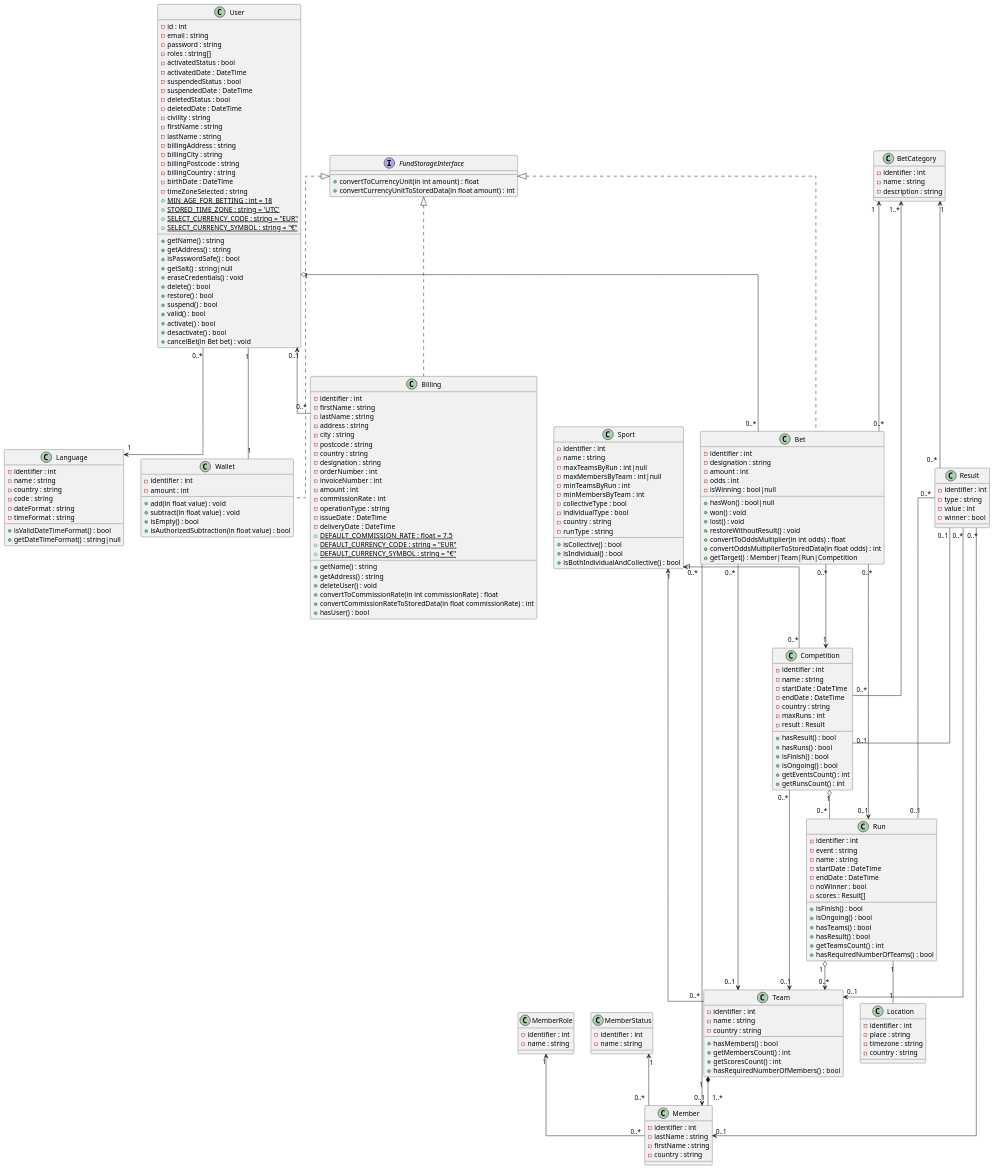
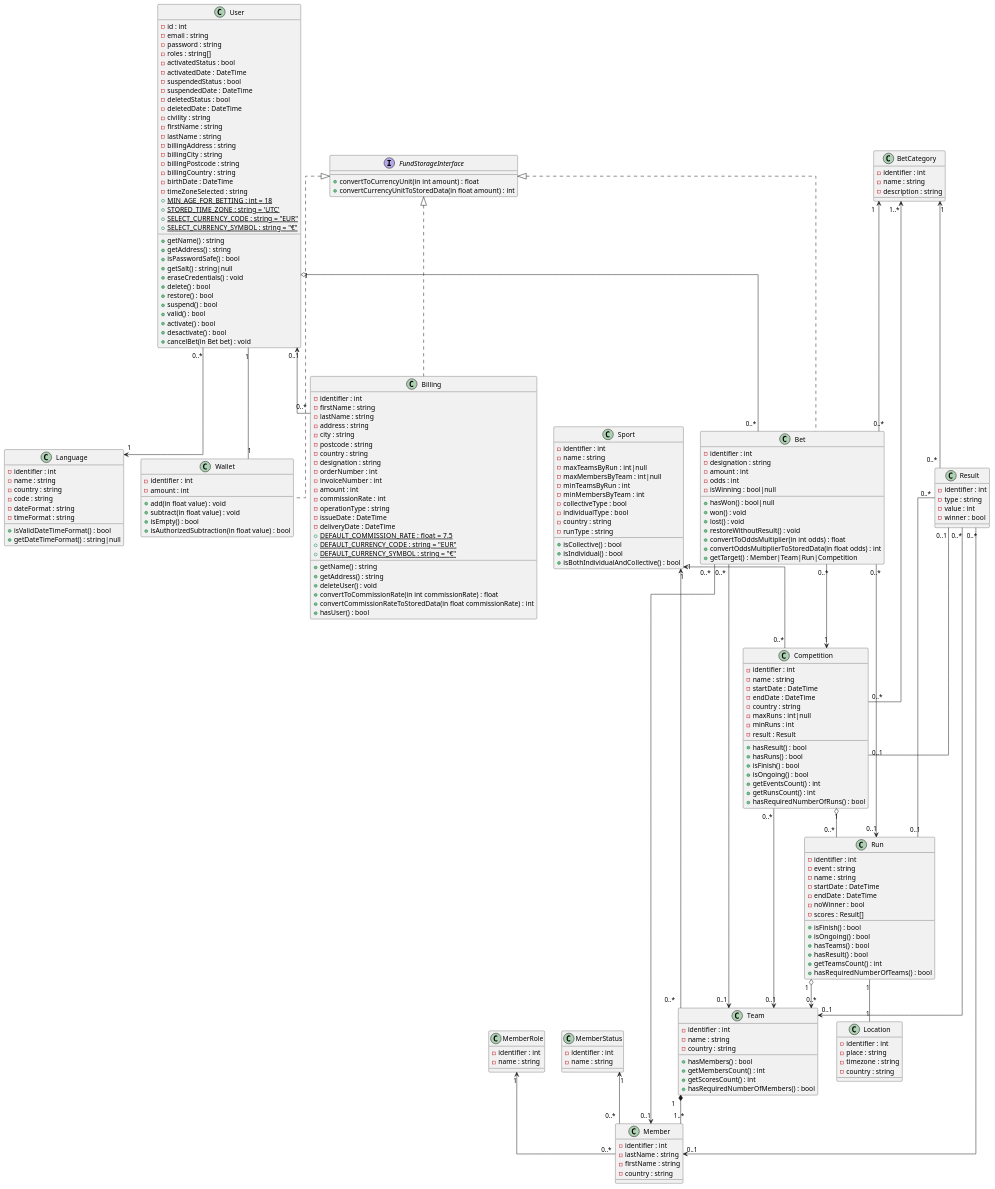
The diagram in docs/Uml/Diagramme_de_classe/Diagramme_de_classe.puml (OFP-CDA-Mulhouse-2020/parisportif5), drawn with PlantUML before and after one commit. The commit also changed 7 other files, not shown here.

Commit message:
2021-01-04 - #3 - Ajout de la propriété minRuns et test du nombre de membre ajouté

```diff
--- a/docs/Uml/Diagramme_de_classe/Diagramme_de_classe.puml
+++ b/docs/Uml/Diagramme_de_classe/Diagramme_de_classe.puml
@@ -201,7 +201,8 @@
         -startDate : DateTime
         -endDate : DateTime
         -country : string
-        -maxRuns : int
+        -maxRuns : int|null
+        -minRuns : int
         -result : Result
         +hasResult() : bool
         +hasRuns() : bool
@@ -209,6 +210,7 @@
         +isOngoing() : bool
         +getEventsCount() : int
         +getRunsCount() : int
+        +hasRequiredNumberOfRuns() : bool
     }
     'Un match, une rencontre, une course
     class Run {
```
